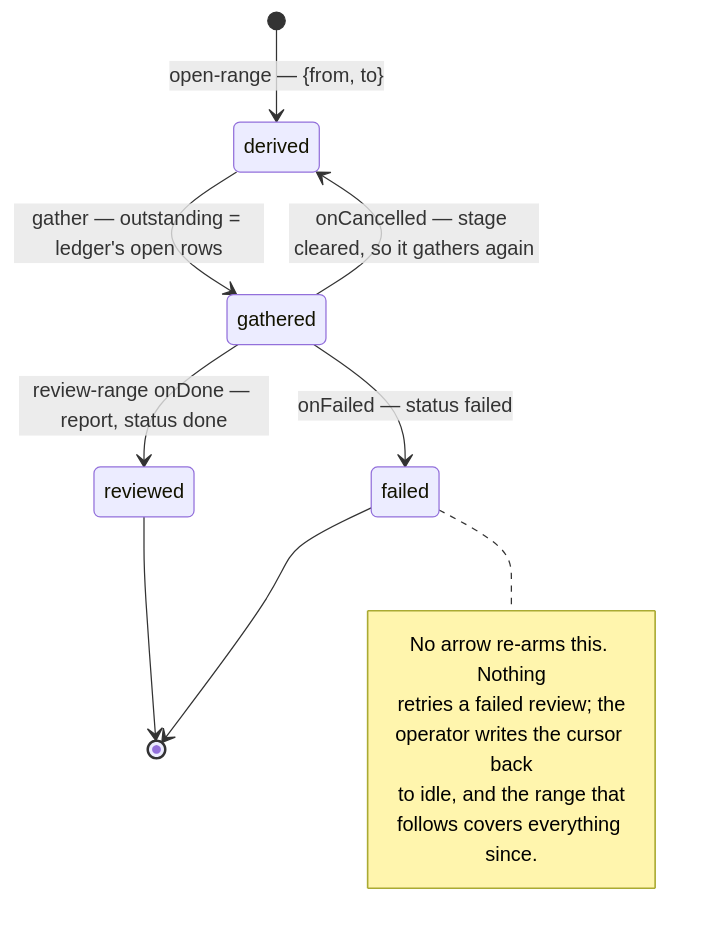
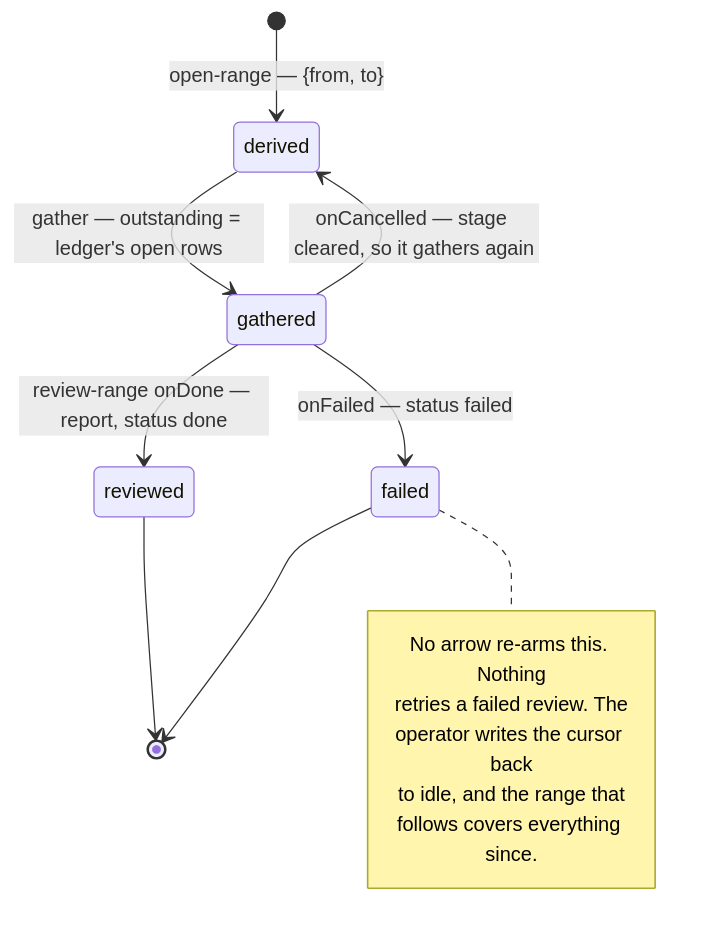
One commit to signadot/viff changed the third of 5 diagrams in docs/working/comment-drift-states.md. Above: the diagram before and after it, drawn with Mermaid. The commit also changed other lines of this file, not shown here.

First line of the commit message:
docs: a `;` in a mermaid label builds three states out of one sentence

````diff
--- a/docs/working/comment-drift-states.md
+++ b/docs/working/comment-drift-states.md
@@ -83,17 +83,17 @@
 ```mermaid
 stateDiagram-v2
     [*] --> derived: open-range — {from, to}
     derived --> gathered: gather — outstanding = ledger's open rows
     gathered --> reviewed: review-range onDone — report, status done
     gathered --> failed: onFailed — status failed
     gathered --> derived: onCancelled — stage cleared, so it gathers again
     reviewed --> [*]
     failed --> [*]
     note right of failed
       No arrow re-arms this. Nothing
-      retries a failed review; the
+      retries a failed review. The
       operator writes the cursor back
       to idle, and the range that
       follows covers everything since.
     end note
 ```
````
